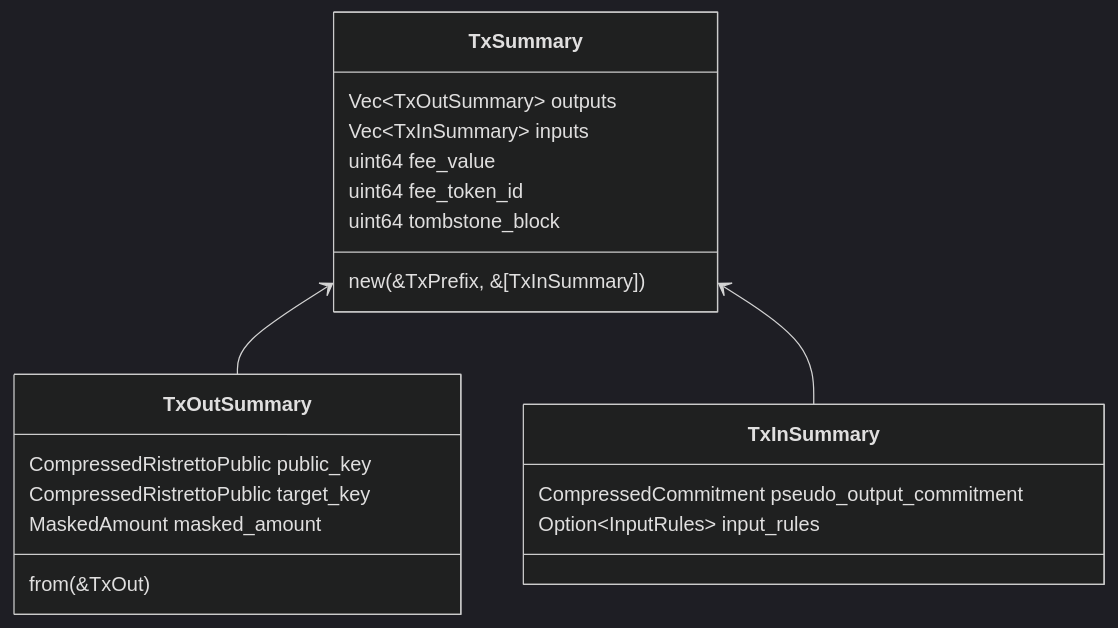
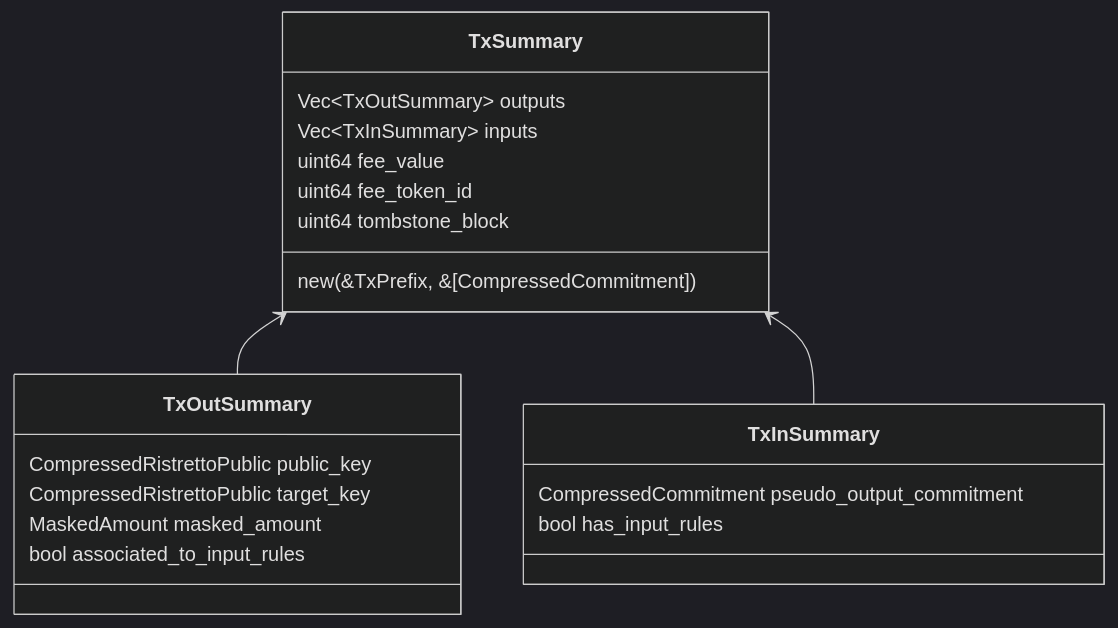
One commit to mobilecoinfoundation/mcips changed the fourth of 5 diagrams in text/0052-tx-summary-digest.md. Above: the diagram before and after it, drawn with Mermaid (dark theme). The commit also changed other lines of this file, not shown here.

````diff
--- a/text/0052-tx-summary-digest.md
+++ b/text/0052-tx-summary-digest.md
@@ -145,18 +263,18 @@
 ```mermaid
 classDiagram
 direction BT
 TxOutSummary --> TxSummary
 TxInSummary --> TxSummary
 TxSummary: Vec~TxOutSummary~ outputs
 TxSummary: Vec~TxInSummary~ inputs
 TxSummary: uint64 fee_value
 TxSummary: uint64 fee_token_id
 TxSummary: uint64 tombstone_block
-TxSummary: new(&TxPrefix, &[TxInSummary])
+TxSummary: new(&TxPrefix, &[CompressedCommitment])
 TxOutSummary: CompressedRistrettoPublic public_key
 TxOutSummary: CompressedRistrettoPublic target_key
 TxOutSummary: MaskedAmount masked_amount
-TxOutSummary: from(&TxOut)
+TxOutSummary: bool associated_to_input_rules
 TxInSummary: CompressedCommitment pseudo_output_commitment
-TxInSummary: Option~InputRules~ input_rules
+TxInSummary: bool has_input_rules
 ```
````
